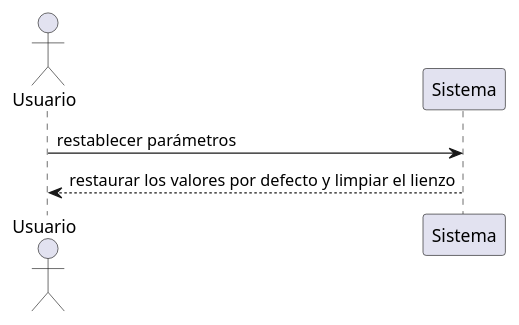
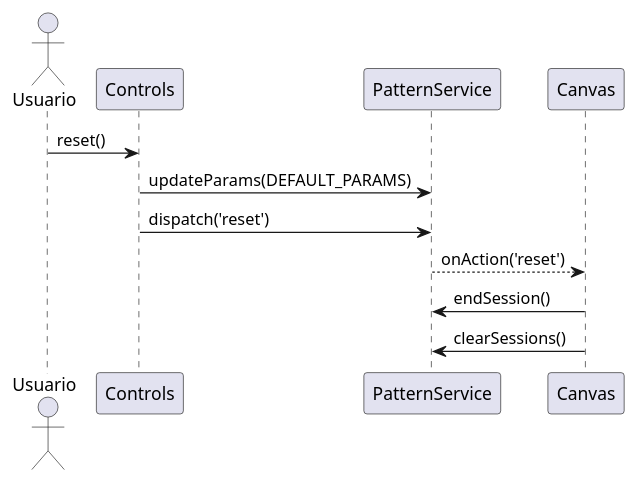
Before and after one commit to IgnacioMol/Epicycloid_generator: the eighth of 15 diagrams in claude/memoria-cap4-analisis.md, drawn with PlantUML. The commit also changed other lines of this file and 1 other file, not shown here.

````diff
--- a/claude/memoria-cap4-analisis.md
+++ b/claude/memoria-cap4-analisis.md
@@ -543,9 +692,15 @@
 ```plantuml
 @startuml SecRestablecer
 actor Usuario
-participant "Sistema" as S
+participant "Controls" as C
+participant "PatternService" as PS
+participant "Canvas" as CV
 
-Usuario -> S : restablecer parámetros
-S --> Usuario : restaurar los valores por defecto y limpiar el lienzo
+Usuario -> C : reset()
+C -> PS : updateParams(DEFAULT_PARAMS)
+C -> PS : dispatch('reset')
+PS --> CV : onAction('reset')
+CV -> PS : endSession()
+CV -> PS : clearSessions()
 @enduml
 ```
````
